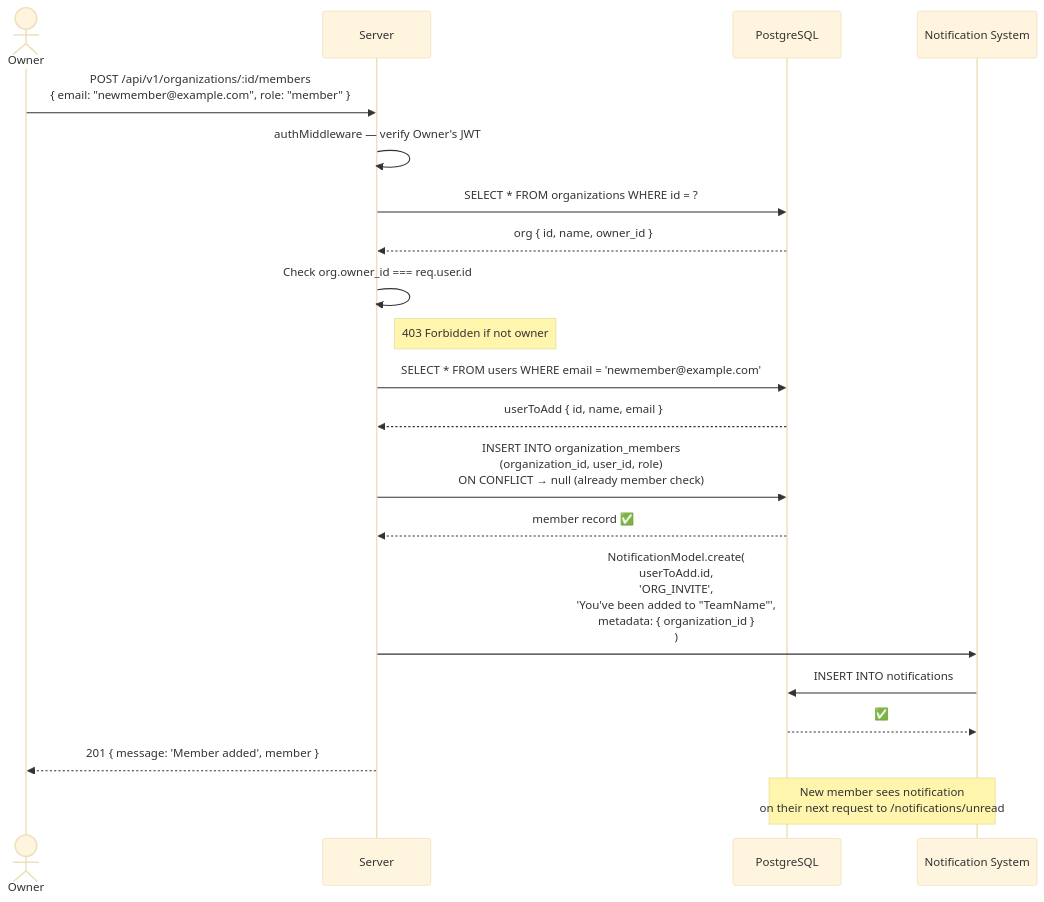
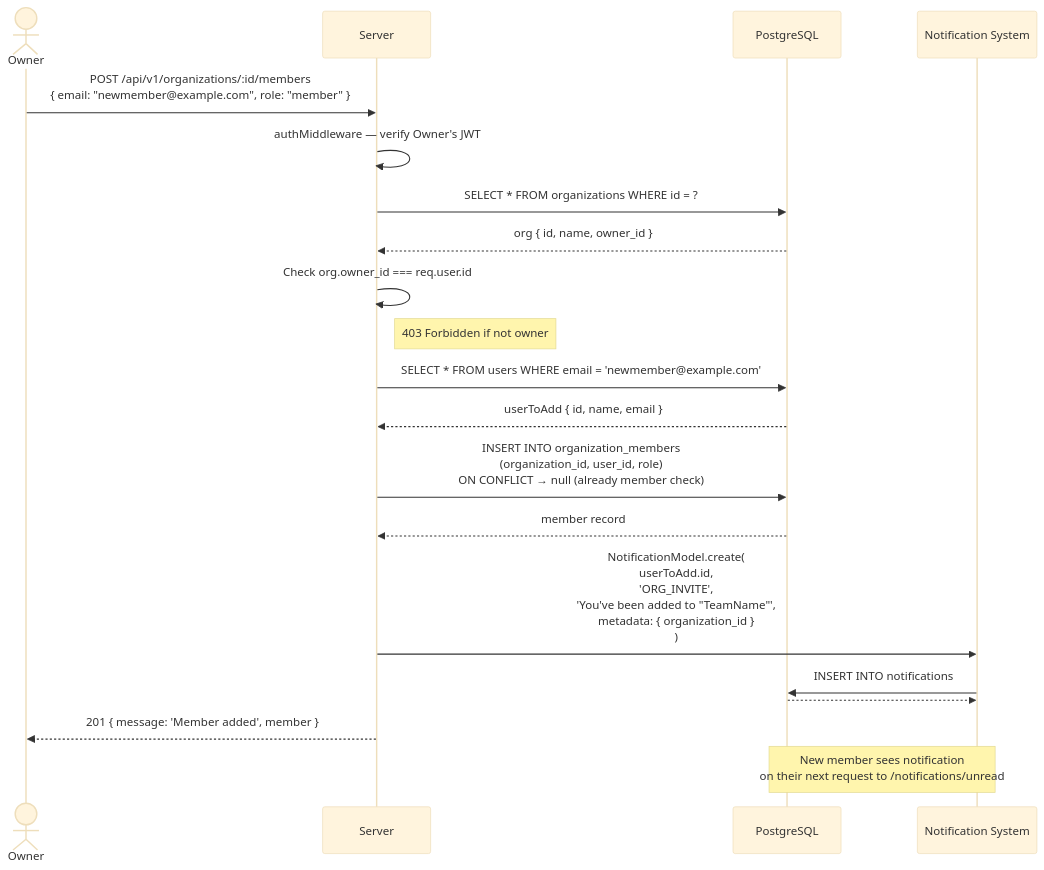
Before and after one commit to Ochanda-Charles/Event-scheduling-system: the sixth of 15 diagrams in README.md, drawn with Mermaid (base theme). The commit also changed other lines of this file, not shown here.

````diff
--- a/README.md
+++ b/README.md
@@ -346,31 +346,31 @@
 ```mermaid
 sequenceDiagram
-    actor Owner
-    participant Server
-    participant DB as PostgreSQL
-    participant Notifications as Notification System
+ actor Owner
+ participant Server
+ participant DB as PostgreSQL
+ participant Notifications as Notification System
 
-    Owner->>Server: POST /api/v1/organizations/:id/members<br/>{ email: "newmember@example.com", role: "member" }
+ Owner->>Server: POST /api/v1/organizations/:id/members<br/>{ email: "newmember@example.com", role: "member" }
 
-    Server->>Server: authMiddleware — verify Owner's JWT
+ Server->>Server: authMiddleware — verify Owner's JWT
 
-    Server->>DB: SELECT * FROM organizations WHERE id = ?
-    DB-->>Server: org { id, name, owner_id }
+ Server->>DB: SELECT * FROM organizations WHERE id = ?
+ DB-->>Server: org { id, name, owner_id }
 
-    Server->>Server: Check org.owner_id === req.user.id
-    Note right of Server: 403 Forbidden if not owner
+ Server->>Server: Check org.owner_id === req.user.id
+ Note right of Server: 403 Forbidden if not owner
 
-    Server->>DB: SELECT * FROM users WHERE email = 'newmember@example.com'
-    DB-->>Server: userToAdd { id, name, email }
+ Server->>DB: SELECT * FROM users WHERE email = 'newmember@example.com'
+ DB-->>Server: userToAdd { id, name, email }
 
-    Server->>DB: INSERT INTO organization_members<br/>(organization_id, user_id, role)<br/>ON CONFLICT → null (already member check)
-    DB-->>Server: member record ✅
+ Server->>DB: INSERT INTO organization_members<br/>(organization_id, user_id, role)<br/>ON CONFLICT → null (already member check)
+ DB-->>Server: member record 
 
-    Server->>Notifications: NotificationModel.create(<br/>  userToAdd.id,<br/>  'ORG_INVITE',<br/>  'You've been added to "TeamName"',<br/>  metadata: { organization_id }<br/>)
-    Notifications->>DB: INSERT INTO notifications
-    DB-->>Notifications: ✅
+ Server->>Notifications: NotificationModel.create(<br/> userToAdd.id,<br/> 'ORG_INVITE',<br/> 'You've been added to "TeamName"',<br/> metadata: { organization_id }<br/>)
+ Notifications->>DB: INSERT INTO notifications
+ DB-->>Notifications: 
 
-    Server-->>Owner: 201 { message: 'Member added', member }
+ Server-->>Owner: 201 { message: 'Member added', member }
 
-    Note over DB,Notifications: New member sees notification<br/>on their next request to /notifications/unread
+ Note over DB,Notifications: New member sees notification<br/>on their next request to /notifications/unread
 ```
````
